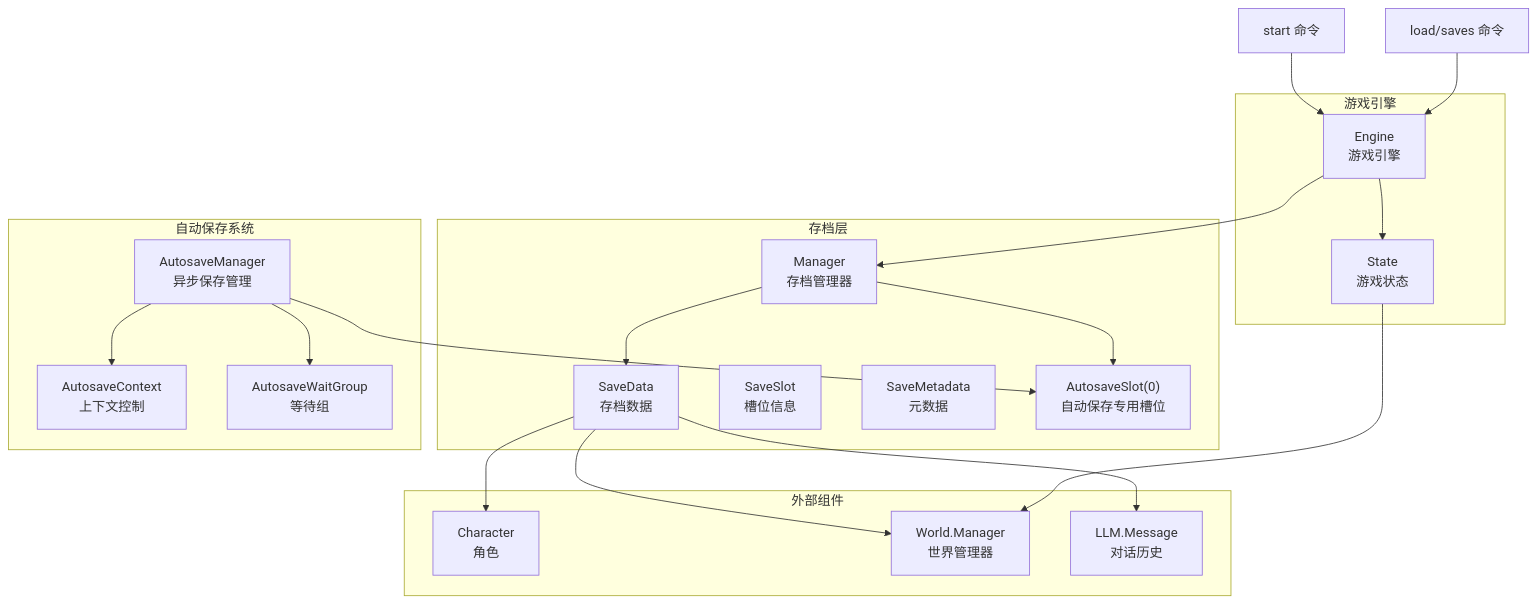
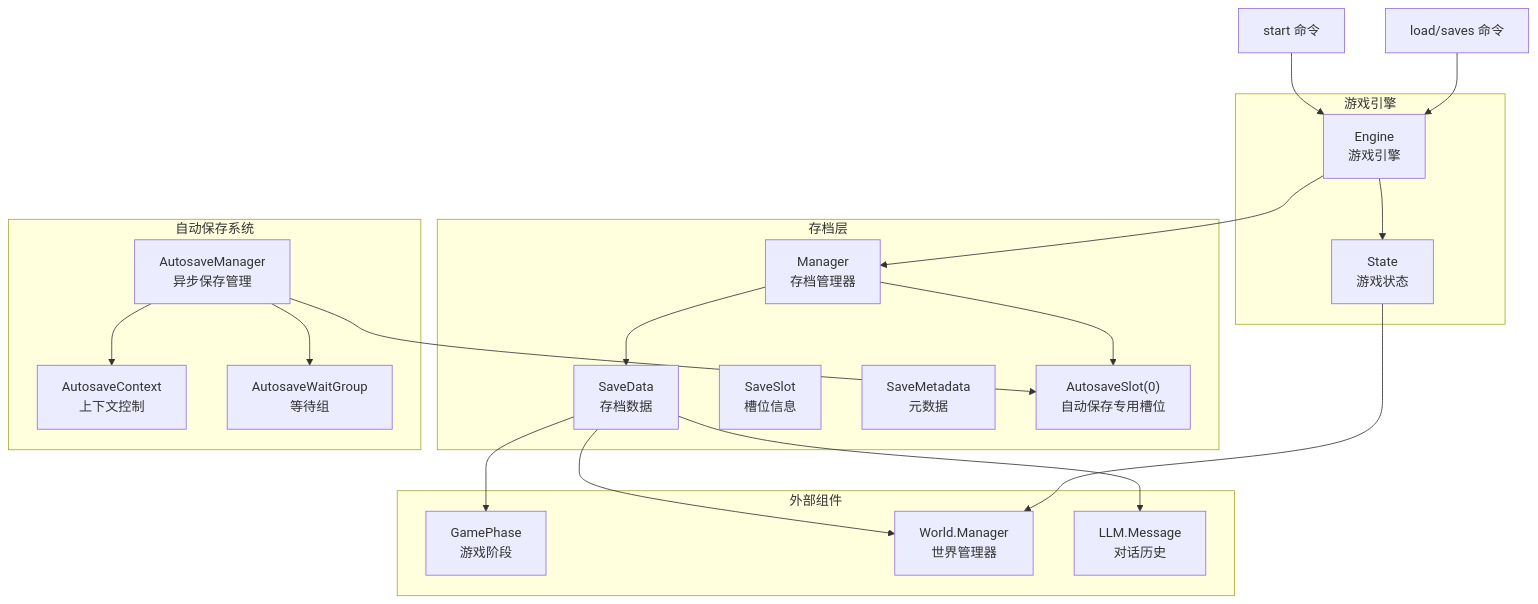
The first of 9 diagrams in .qoder/repowiki/zh/content/存档系统.md (zwh8800/cdnd), drawn with Mermaid before and after one commit. The commit also changed other lines of this file and 11 other files, not shown here.

````diff
--- a/.qoder/repowiki/zh/content/存档系统.md
+++ b/.qoder/repowiki/zh/content/存档系统.md
@@ -50,39 +49,39 @@
 ```mermaid
 graph TB
 subgraph "存档层"
 SM["Manager<br/>存档管理器"]
 SD["SaveData<br/>存档数据"]
 SS["SaveSlot<br/>槽位信息"]
 MET["SaveMetadata<br/>元数据"]
 AS["AutosaveSlot(0)<br/>自动保存专用槽位"]
 end
 subgraph "自动保存系统"
 ASMgr["AutosaveManager<br/>异步保存管理"]
 ASCtx["AutosaveContext<br/>上下文控制"]
 ASWG["AutosaveWaitGroup<br/>等待组"]
 end
 subgraph "游戏引擎"
 ENG["Engine<br/>游戏引擎"]
 ST["State<br/>游戏状态"]
 end
 subgraph "外部组件"
-CH["Character<br/>角色"]
+PH["GamePhase<br/>游戏阶段"]
 WR["World.Manager<br/>世界管理器"]
 MSG["LLM.Message<br/>对话历史"]
 end
 CLI_Start["start 命令"]
 CLI_Load["load/saves 命令"]
 CLI_Start --> ENG
 CLI_Load --> ENG
 ENG --> SM
 SM --> SD
 SM --> AS
 ASMgr --> AS
 ASMgr --> ASCtx
 ASMgr --> ASWG
-SD --> CH
+SD --> PH
 SD --> WR
 SD --> MSG
 ENG --> ST
 ST --> WR
 ```
````
